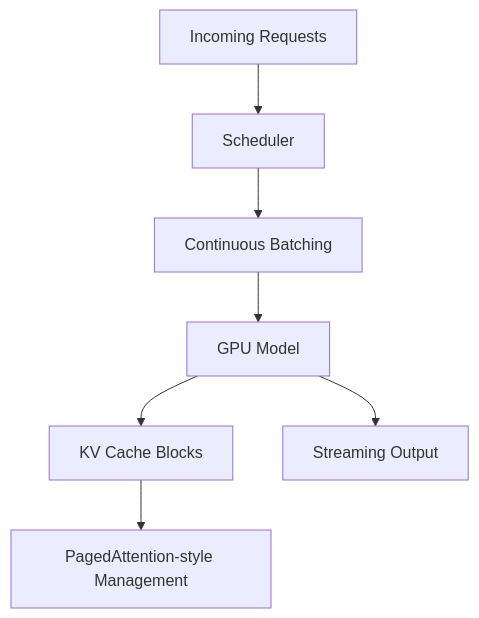
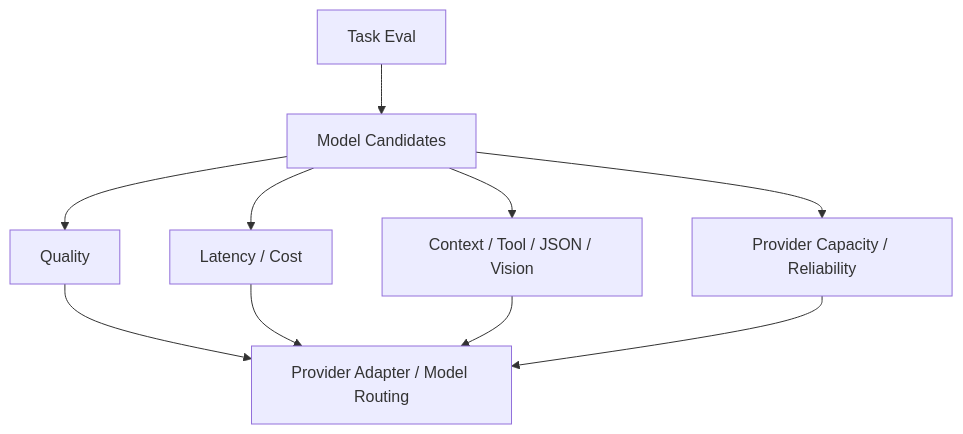
Before and after one commit to studyzhige-ui/ai-application-interview-handbook: the fifth of 7 diagrams in llm-foundation/review/README.md, drawn with Mermaid. The commit also changed other lines of this file, not shown here.

````diff
--- a/llm-foundation/review/README.md
+++ b/llm-foundation/review/README.md
@@ -107,9 +99,12 @@
 ```mermaid
 flowchart TD
-    A["Incoming Requests"] --> B["Scheduler"]
-    B --> C["Continuous Batching"]
-    C --> D["GPU Model"]
-    D --> E["KV Cache Blocks"]
-    E --> F["PagedAttention-style Management"]
-    D --> G["Streaming Output"]
+    A["Task Eval"] --> B["Model Candidates"]
+    B --> C["Quality"]
+    B --> D["Latency / Cost"]
+    B --> E["Context / Tool / JSON / Vision"]
+    B --> F["Provider Capacity / Reliability"]
+    C --> G["Provider Adapter / Model Routing"]
+    D --> G
+    E --> G
+    F --> G
 ```
````
